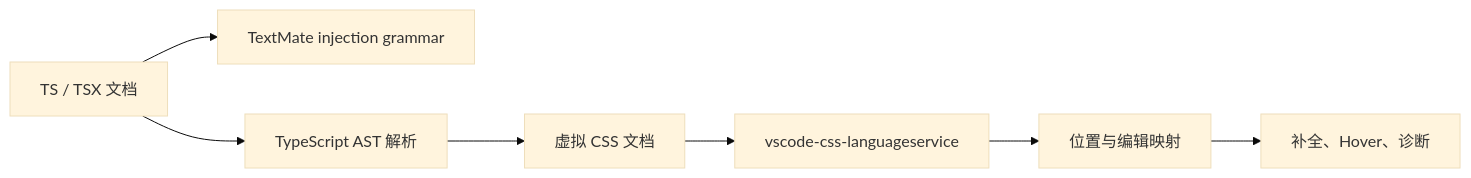
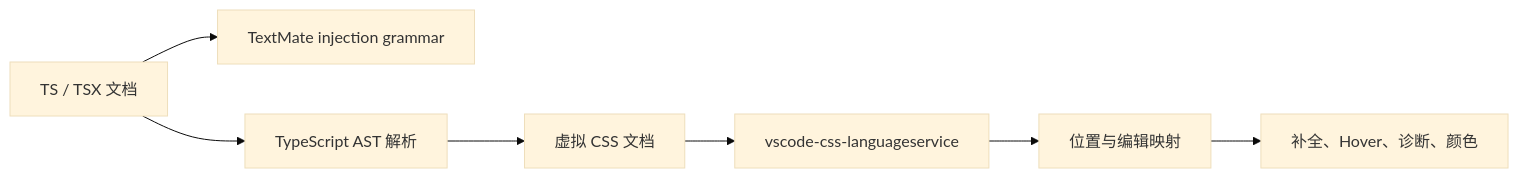
One commit to usercao/vscode-yak changed the first of 2 diagrams in docs/next-yak-vscode-extension-design.md. Above: the diagram before and after it, drawn with Mermaid (base theme). The commit also changed other lines of this file and 9 other files, not shown here.

````diff
--- a/docs/next-yak-vscode-extension-design.md
+++ b/docs/next-yak-vscode-extension-design.md
@@ -37,9 +37,9 @@
 ```mermaid
 flowchart LR
   source[TS / TSX 文档] --> grammar[TextMate injection grammar]
   source --> parser[TypeScript AST 解析]
   parser --> virtual[虚拟 CSS 文档]
   virtual --> cssls[vscode-css-languageservice]
   cssls --> mapper[位置与编辑映射]
-  mapper --> editor[补全、Hover、诊断]
+  mapper --> editor[补全、Hover、诊断、颜色]
 ```
````
